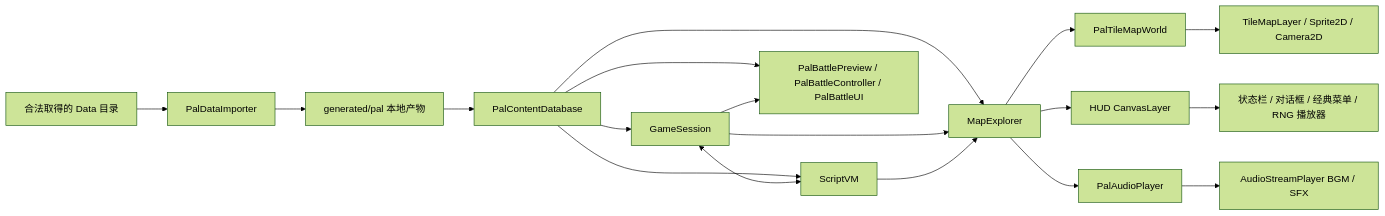
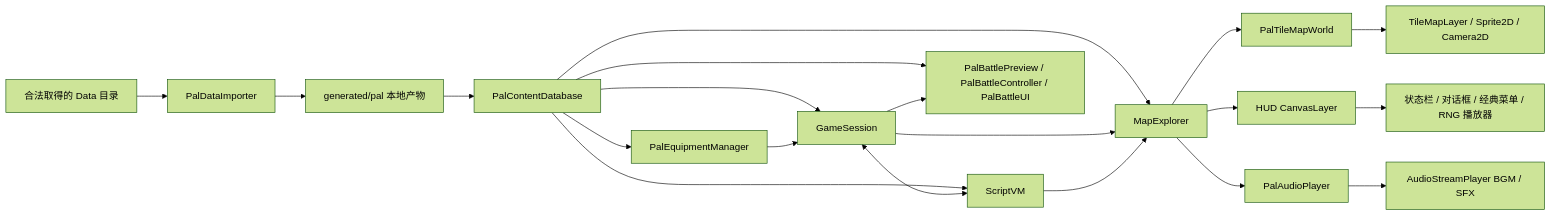
One commit to 1xuanyuan1/sword-godot changed the first of 2 diagrams in docs/ARCHITECTURE.md. Above: the diagram before and after it, drawn with Mermaid (forest theme). The commit also changed other lines of this file and 27 other files, not shown here.

````diff
--- a/docs/ARCHITECTURE.md
+++ b/docs/ARCHITECTURE.md
@@ -5,20 +5,22 @@
 ```mermaid
 flowchart LR
     A[合法取得的 Data 目录] --> B[PalDataImporter]
     B --> C[generated/pal 本地产物]
     C --> D[PalContentDatabase]
     D --> E[GameSession]
     D --> F[ScriptVM]
+    D --> P[PalEquipmentManager]
+    P --> E
     E <--> F
     D --> G[MapExplorer]
     D --> O[PalBattlePreview / PalBattleController / PalBattleUI]
     E --> O
     E --> G
     F --> G
     G --> H[PalTileMapWorld]
     G --> I[HUD CanvasLayer]
     I --> K[状态栏 / 对话框 / 经典菜单 / RNG 播放器]
     H --> J[TileMapLayer / Sprite2D / Camera2D]
     G --> L[PalAudioPlayer]
     L --> N[AudioStreamPlayer BGM / SFX]
 ```
````
